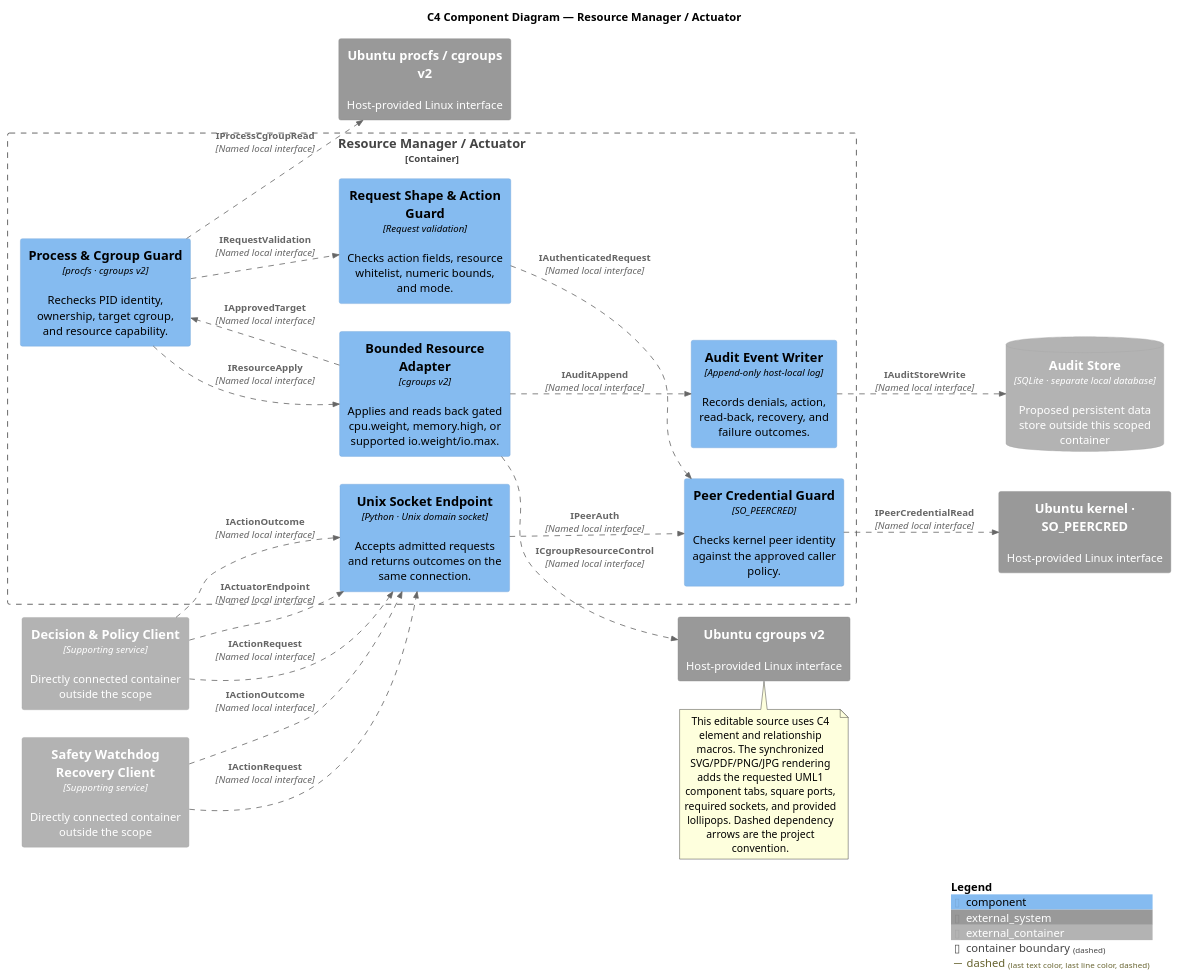
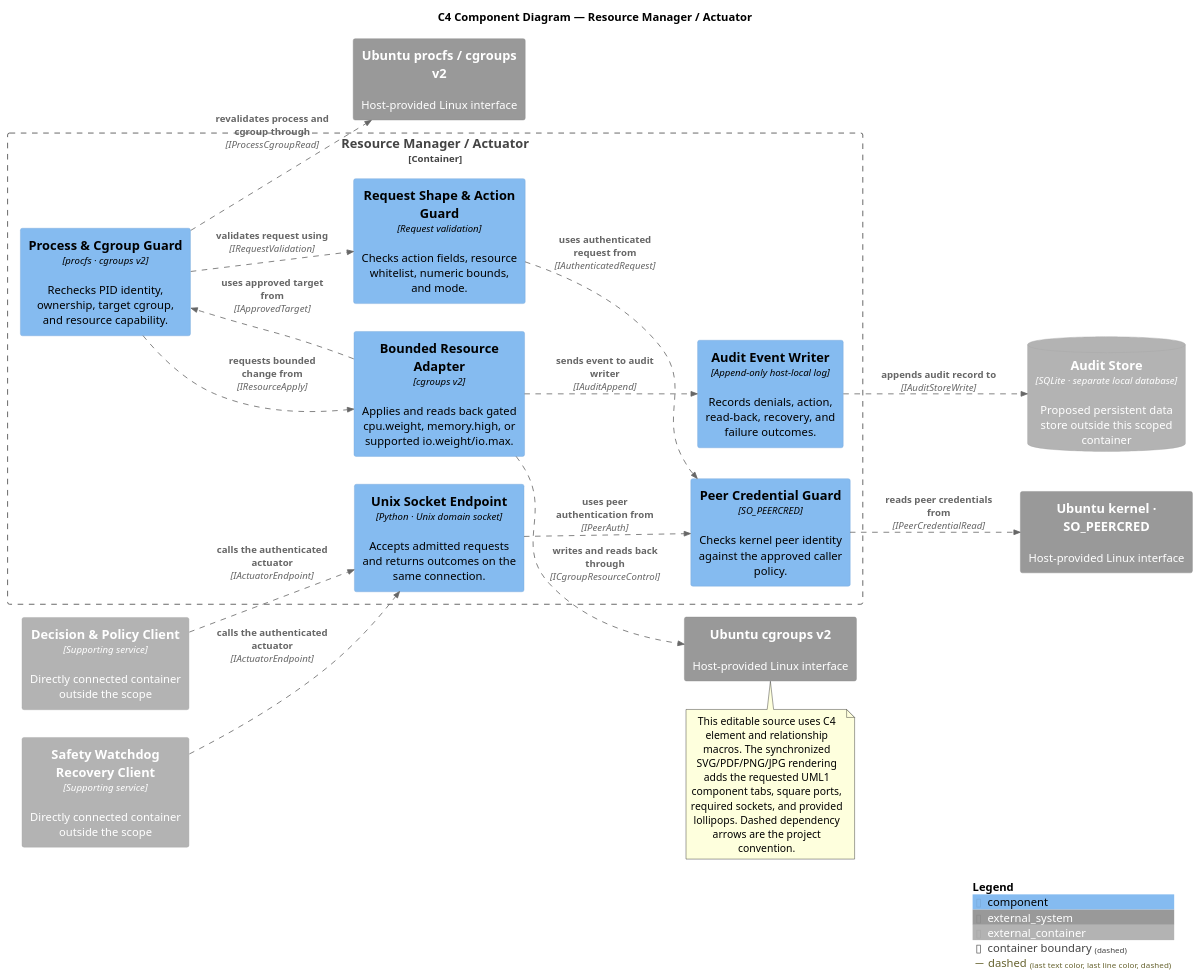
Before and after one commit to Ammar-M-Eid/AIOS: the diagram in documentation/architecture/c4/03_c4_actuator_components.puml, drawn with PlantUML. The commit also changed 30 other files, not shown here.

```diff
--- a/documentation/architecture/c4/03_c4_actuator_components.puml
+++ b/documentation/architecture/c4/03_c4_actuator_components.puml
@@ -1,40 +1,37 @@
 @startuml
 !include <C4/C4_Component>
 skinparam componentStyle uml1
 title C4 Component Diagram — Resource Manager / Actuator
 LAYOUT_LEFT_RIGHT()
 AddRelTag("dashed", $lineStyle=DashedLine())
 Container_Boundary(scope, "Resource Manager / Actuator") {
   Component(C1, "Unix Socket Endpoint", "Python · Unix domain socket", "Accepts admitted requests and returns outcomes on the same connection.")
   Component(C2, "Peer Credential Guard", "SO_PEERCRED", "Checks kernel peer identity against the approved caller policy.")
   Component(C3, "Request Shape & Action Guard", "Request validation", "Checks action fields, resource whitelist, numeric bounds, and mode.")
   Component(C4, "Process & Cgroup Guard", "procfs · cgroups v2", "Rechecks PID identity, ownership, target cgroup, and resource capability.")
   Component(C5, "Bounded Resource Adapter", "cgroups v2", "Applies and reads back gated cpu.weight, memory.high, or supported io.weight/io.max.")
   Component(C6, "Audit Event Writer", "Append-only host-local log", "Records denials, action, read-back, recovery, and failure outcomes.")
 }
 Container_Ext(S1, "Decision & Policy Client", "Supporting service", "Directly connected container outside the scope")
 Container_Ext(S2, "Safety Watchdog Recovery Client", "Supporting service", "Directly connected container outside the scope")
 ContainerDb_Ext(S3, "Audit Store", "SQLite · separate local database", "Proposed persistent data store outside this scoped container")
 System_Ext(S4, "Ubuntu kernel · SO_PEERCRED", "Host-provided Linux interface")
 System_Ext(S5, "Ubuntu procfs / cgroups v2", "Host-provided Linux interface")
 System_Ext(S6, "Ubuntu cgroups v2", "Host-provided Linux interface")
-Rel(S1, C1, "IActionRequest", "Named local interface", $tags="dashed")
-Rel(S1, C1, "IActionOutcome", "Named local interface", $tags="dashed")
-Rel(S1, C1, "IActuatorEndpoint", "Named local interface", $tags="dashed")
-Rel(S2, C1, "IActionRequest", "Named local interface", $tags="dashed")
-Rel(S2, C1, "IActionOutcome", "Named local interface", $tags="dashed")
-Rel(C1, C2, "IPeerAuth", "Named local interface", $tags="dashed")
-Rel(C3, C2, "IAuthenticatedRequest", "Named local interface", $tags="dashed")
-Rel(C4, C3, "IRequestValidation", "Named local interface", $tags="dashed")
-Rel(C4, C5, "IResourceApply", "Named local interface", $tags="dashed")
-Rel(C5, C4, "IApprovedTarget", "Named local interface", $tags="dashed")
-Rel(C5, C6, "IAuditAppend", "Named local interface", $tags="dashed")
-Rel(C6, S3, "IAuditStoreWrite", "Named local interface", $tags="dashed")
-Rel(C2, S4, "IPeerCredentialRead", "Named local interface", $tags="dashed")
-Rel(C4, S5, "IProcessCgroupRead", "Named local interface", $tags="dashed")
-Rel(C5, S6, "ICgroupResourceControl", "Named local interface", $tags="dashed")
+Rel(S1, C1, "calls the authenticated actuator", "IActuatorEndpoint", $tags="dashed")
+Rel(S2, C1, "calls the authenticated actuator", "IActuatorEndpoint", $tags="dashed")
+Rel(C1, C2, "uses peer authentication from", "IPeerAuth", $tags="dashed")
+Rel(C3, C2, "uses authenticated request from", "IAuthenticatedRequest", $tags="dashed")
+Rel(C4, C3, "validates request using", "IRequestValidation", $tags="dashed")
+Rel(C4, C5, "requests bounded change from", "IResourceApply", $tags="dashed")
+Rel(C5, C4, "uses approved target from", "IApprovedTarget", $tags="dashed")
+Rel(C5, C6, "sends event to audit writer", "IAuditAppend", $tags="dashed")
+Rel(C6, S3, "appends audit record to", "IAuditStoreWrite", $tags="dashed")
+Rel(C2, S4, "reads peer credentials from", "IPeerCredentialRead", $tags="dashed")
+Rel(C4, S5, "revalidates process and cgroup through", "IProcessCgroupRead", $tags="dashed")
+Rel(C5, S6, "writes and reads back through", "ICgroupResourceControl", $tags="dashed")
 note bottom
 This editable source uses C4 element and relationship macros. The synchronized SVG/PDF/PNG/JPG rendering adds the requested UML1 component tabs, square ports, required sockets, and provided lollipops. Dashed dependency arrows are the project convention.
 end note
 SHOW_LEGEND()
 @enduml
```
